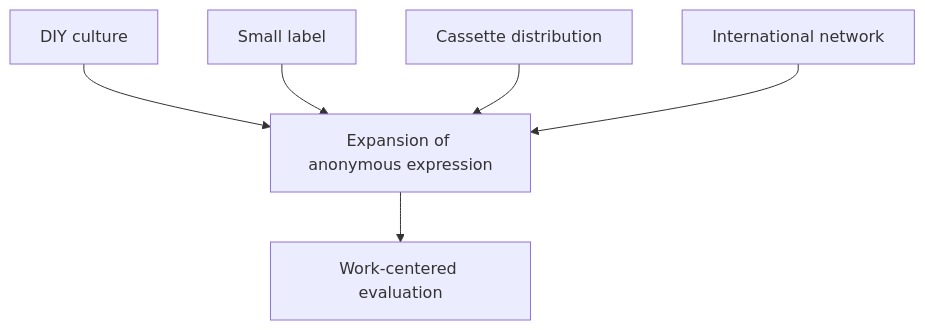
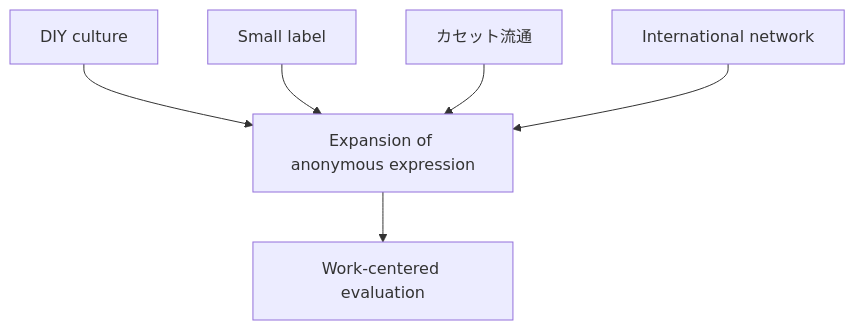
One commit to monumental-movement/monumental-movement.github.io changed the seventh of 9 diagrams in en/_posts/2026-07-07-column-angine-de-poitrine-caroliner-rubber-o-cement.md. Above: the diagram before and after it, drawn with Mermaid. The commit also changed other lines of this file and 1012 other files, not shown here.

```diff
--- a/en/_posts/2026-07-07-column-angine-de-poitrine-caroliner-rubber-o-cement.md
+++ b/en/_posts/2026-07-07-column-angine-de-poitrine-caroliner-rubber-o-cement.md
@@ -760,16 +760,16 @@
 <div class="mermaid">
 flowchart TD
 
 A["DIY culture"]
 B["Small label"]
-C["Cassette distribution"]
+C["カセット流通"]
 D["International network"]
 
 A --> E["Expansion of anonymous expression"]
 B --> E
 C --> E
 D --> E
 
 E --> F["Work-centered evaluation"]
 
 </div>
```
